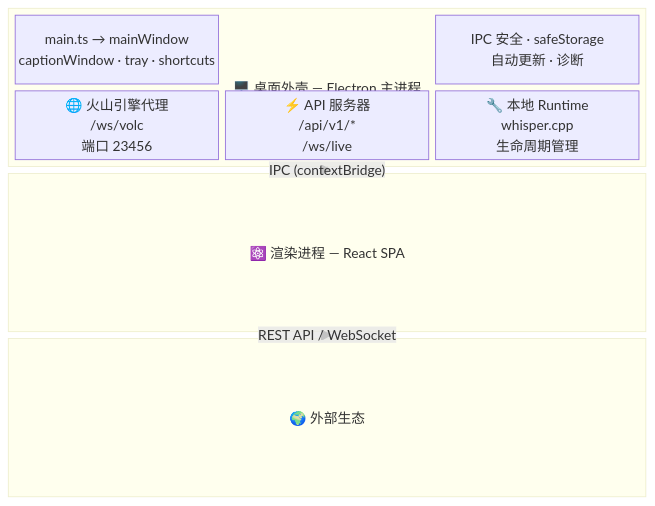
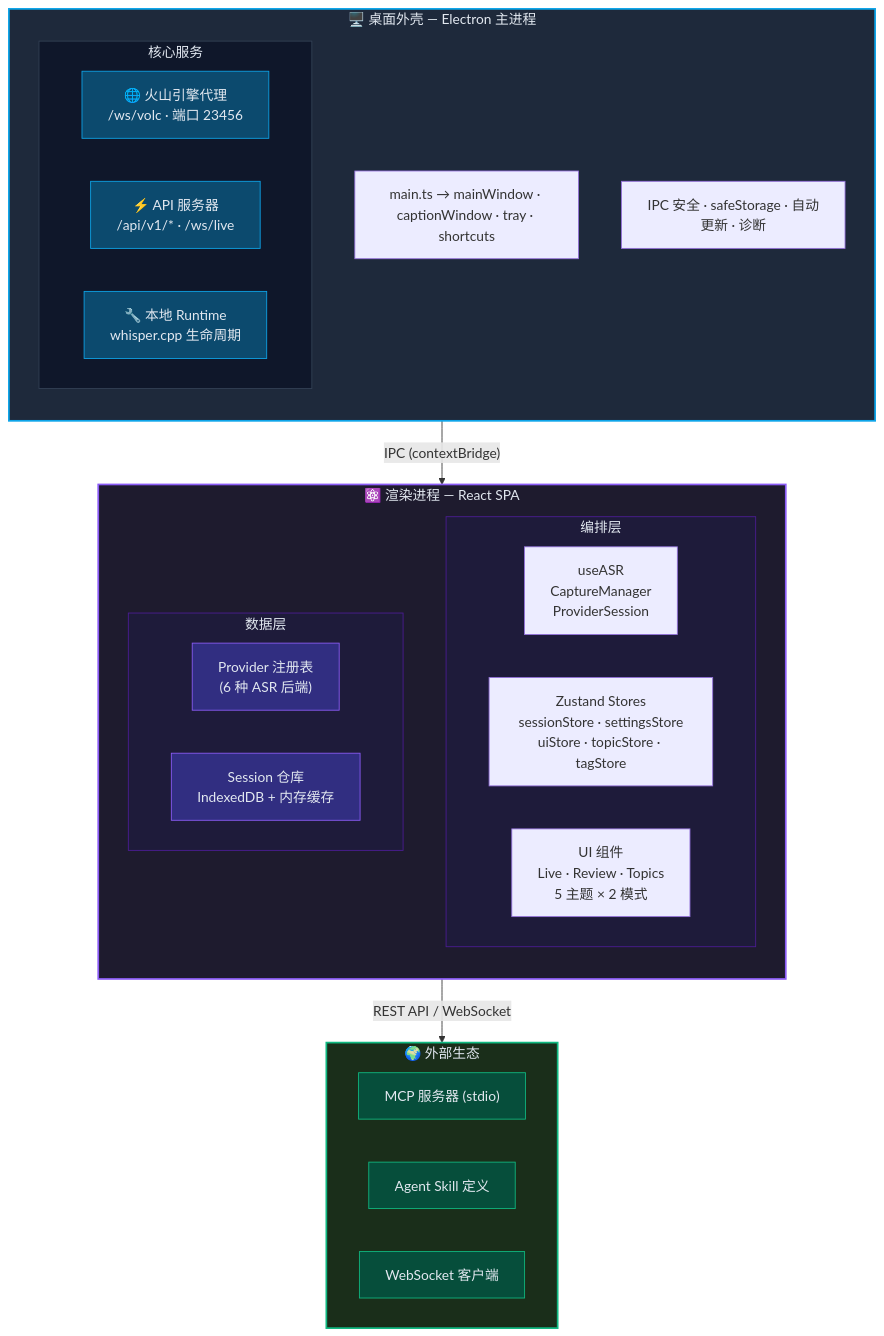
One commit to XimilalaXiang/DeLive changed the first of 4 diagrams in docs/zh/architecture/overview.md. Above: the diagram before and after it, drawn with Mermaid. The commit also changed other lines of this file and 1 other file, not shown here.

Commit message:
docs: fix architecture diagram — replace block-beta with flowchart subgraphs
block-beta rendered incomplete in production Mermaid. Switch to flowchart TB
with nested subgraphs, direction hints, and consistent color styling for all
three architecture layers.

Made-with: Cursor

````diff
--- a/docs/zh/architecture/overview.md
+++ b/docs/zh/architecture/overview.md
@@ -7,37 +7,55 @@
 ```mermaid
-block-beta
-  columns 1
-
-  block:shell["🖥️ 桌面外壳 — Electron 主进程"]
-    columns 3
-    entry["main.ts → mainWindow\ncaptionWindow · tray · shortcuts"]
-    space
-    security["IPC 安全 · safeStorage\n自动更新 · 诊断"]
-
-    volc["🌐 火山引擎代理\n/ws/volc\n端口 23456"]
-    api["⚡ API 服务器\n/api/v1/*\n/ws/live"]
-    runtime["🔧 本地 Runtime\nwhisper.cpp\n生命周期管理"]
+flowchart TB
+  subgraph shell["🖥️ 桌面外壳 — Electron 主进程"]
+    direction TB
+    entry["main.ts → mainWindow · captionWindow · tray · shortcuts"]
+    subgraph services["核心服务"]
+      direction LR
+      volc["🌐 火山引擎代理\n/ws/volc · 端口 23456"]
+      api["⚡ API 服务器\n/api/v1/* · /ws/live"]
+      runtime["🔧 本地 Runtime\nwhisper.cpp 生命周期"]
+    end
+    infra["IPC 安全 · safeStorage · 自动更新 · 诊断"]
   end
 
-  shell -- "IPC (contextBridge)" --> renderer
+  shell -->|"IPC (contextBridge)"| renderer
 
-  block:renderer["⚛️ 渲染进程 — React SPA"]
-    columns 3
-    hooks["useASR\nCaptureManager\nProviderSession"]
-    stores["Zustand Stores\nsessionStore · settingsStore\nuiStore · topicStore · tagStore"]
-    ui["UI 组件\nLive · Review · Topics\n5 主题 × 2 模式"]
-
-    providers["Provider 注册表\n6 种 ASR 后端"]
-    persistence["Session 仓库\nIndexedDB + 内存缓存"]
-    space
+  subgraph renderer["⚛️ 渲染进程 — React SPA"]
+    direction TB
+    subgraph orchestration["编排层"]
+      direction LR
+      hooks["useASR\nCaptureManager\nProviderSession"]
+      stores["Zustand Stores\nsessionStore · settingsStore\nuiStore · topicStore · tagStore"]
+      ui["UI 组件\nLive · Review · Topics\n5 主题 × 2 模式"]
+    end
+    subgraph data["数据层"]
+      direction LR
+      providers["Provider 注册表\n(6 种 ASR 后端)"]
+      persistence["Session 仓库\nIndexedDB + 内存缓存"]
+    end
   end
 
-  renderer -- "REST API / WebSocket" --> ecosystem
+  renderer -->|"REST API / WebSocket"| ecosystem
 
-  block:ecosystem["🌍 外部生态"]
-    columns 3
-    mcp["MCP 服务器\n(stdio)"]
-    skill["Agent Skill\n定义"]
-    ws["WebSocket\n客户端"]
+  subgraph ecosystem["🌍 外部生态"]
+    direction LR
+    mcp["MCP 服务器 (stdio)"]
+    skill["Agent Skill 定义"]
+    ws["WebSocket 客户端"]
   end
+
+  style shell fill:#1e293b,stroke:#0ea5e9,stroke-width:2px,color:#e2e8f0
+  style renderer fill:#1e1b2e,stroke:#8b5cf6,stroke-width:2px,color:#e2e8f0
+  style ecosystem fill:#1a2e1a,stroke:#10b981,stroke-width:2px,color:#e2e8f0
+  style services fill:#0f172a,stroke:#334155,color:#e2e8f0
+  style orchestration fill:#1e1b3a,stroke:#4c1d95,color:#e2e8f0
+  style data fill:#1e1b3a,stroke:#4c1d95,color:#e2e8f0
+  style volc fill:#0c4a6e,stroke:#0ea5e9,color:#e2e8f0
+  style api fill:#0c4a6e,stroke:#0ea5e9,color:#e2e8f0
+  style runtime fill:#0c4a6e,stroke:#0ea5e9,color:#e2e8f0
+  style providers fill:#312e81,stroke:#8b5cf6,color:#e2e8f0
+  style persistence fill:#312e81,stroke:#8b5cf6,color:#e2e8f0
+  style mcp fill:#064e3b,stroke:#10b981,color:#e2e8f0
+  style skill fill:#064e3b,stroke:#10b981,color:#e2e8f0
+  style ws fill:#064e3b,stroke:#10b981,color:#e2e8f0
 ```
````
